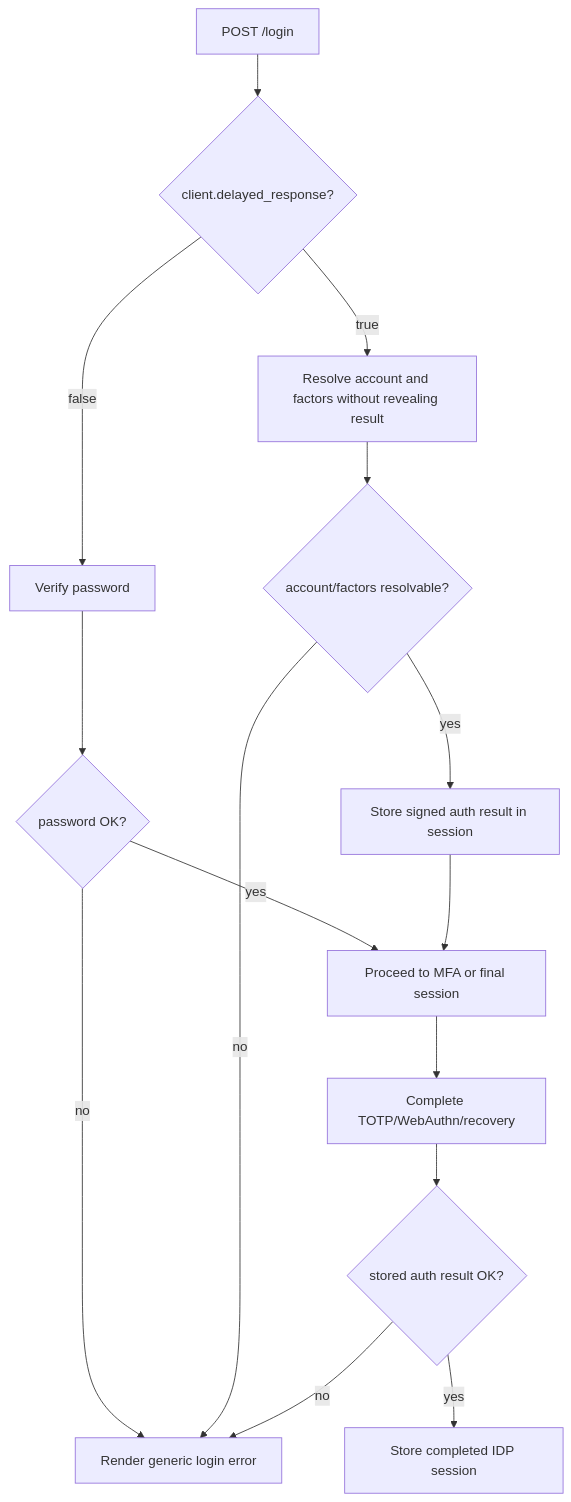
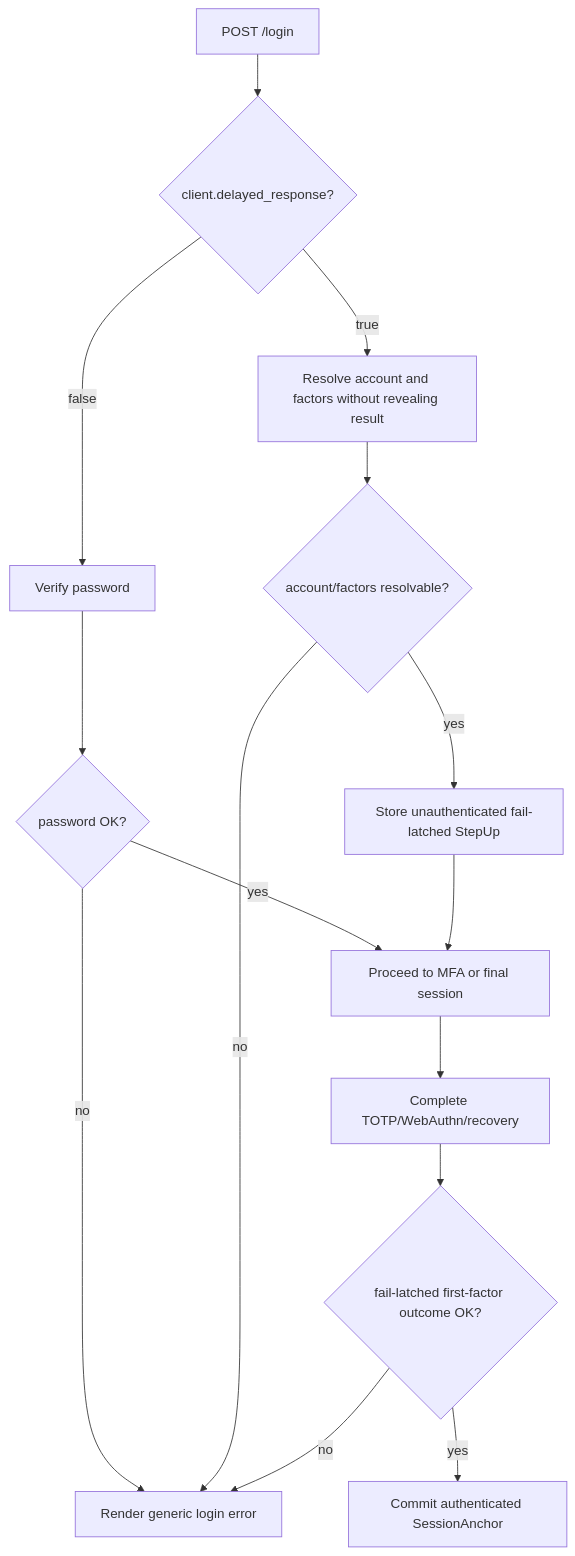
The fifth of 9 diagrams in server/docs/development/idp-mfa-flow.md (croessner/nauthilus), drawn with Mermaid before and after one commit. The commit also changed other lines of this file and 69 other files, not shown here.

````diff
--- a/server/docs/development/idp-mfa-flow.md
+++ b/server/docs/development/idp-mfa-flow.md
@@ -257,18 +301,18 @@
 ```mermaid
 flowchart TD
   Start["POST /login"] --> Client{"client.delayed_response?"}
   Client -- "false" --> Verify["Verify password"]
   Verify --> Good{"password OK?"}
   Good -- "no" --> LoginError["Render generic login error"]
   Good -- "yes" --> MFA["Proceed to MFA or final session"]
 
   Client -- "true" --> Resolve["Resolve account and factors without revealing result"]
   Resolve --> Exists{"account/factors resolvable?"}
   Exists -- "no" --> LoginError
-  Exists -- "yes" --> Hidden["Store signed auth result in session"]
+  Exists -- "yes" --> Hidden["Store unauthenticated fail-latched StepUp"]
   Hidden --> MFA
   MFA --> Second["Complete TOTP/WebAuthn/recovery"]
-  Second --> Reveal{"stored auth result OK?"}
+  Second --> Reveal{"fail-latched first-factor outcome OK?"}
   Reveal -- "no" --> LoginError
-  Reveal -- "yes" --> Final["Store completed IDP session"]
+  Reveal -- "yes" --> Final["Commit authenticated SessionAnchor"]
 ```
````
